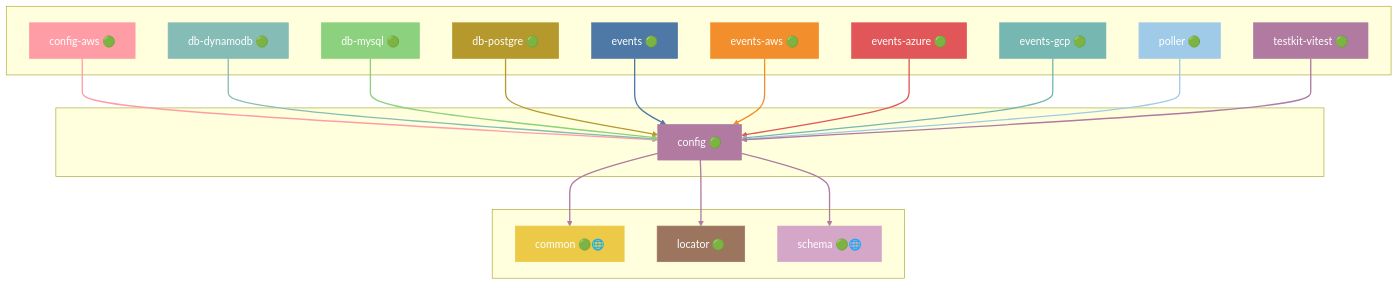
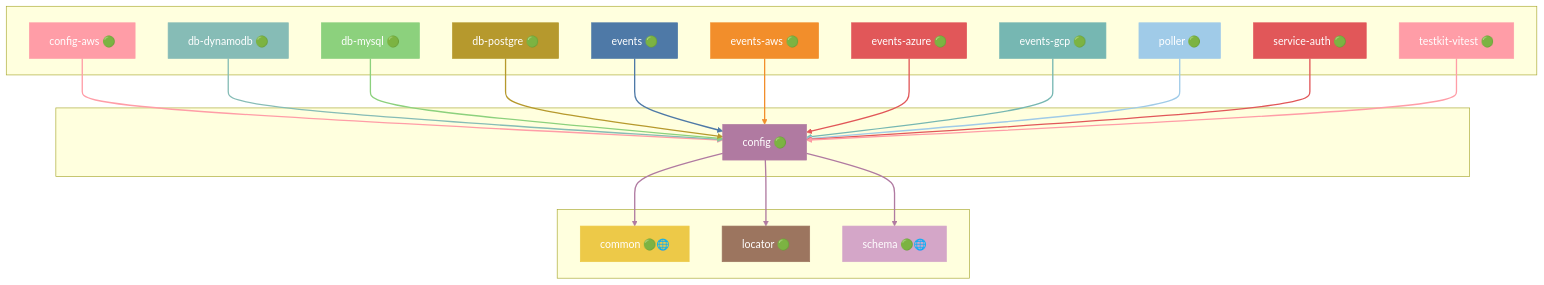
Before and after one commit to grest-ts/grest-ts: the eighth of 48 diagrams in docs/DEPENDENCIES.md, drawn with Mermaid. The commit also changed other lines of this file and 21 other files, not shown here.

First line of the commit message:
service-auth: new @grest-ts/service-auth with GGSharedSecret

````diff
--- a/docs/DEPENDENCIES.md
+++ b/docs/DEPENDENCIES.md
@@ -651,63 +661,67 @@
 ```mermaid
 flowchart TB
     subgraph Dependents[" "]
         config-aws["config-aws 🟢"]
         db-dynamodb["db-dynamodb 🟢"]
         db-mysql["db-mysql 🟢"]
         db-postgre["db-postgre 🟢"]
         events["events 🟢"]
         events-aws["events-aws 🟢"]
         events-azure["events-azure 🟢"]
         events-gcp["events-gcp 🟢"]
         poller["poller 🟢"]
+        service-auth["service-auth 🟢"]
         testkit-vitest["testkit-vitest 🟢"]
     end
     subgraph Package[" "]
         config["config 🟢"]
     end
     subgraph Dependencies[" "]
         common["common 🟢🌐"]
         locator["locator 🟢"]
         schema["schema 🟢🌐"]
     end
     config-aws --> config
     db-dynamodb --> config
     db-mysql --> config
     db-postgre --> config
     events --> config
     events-aws --> config
     events-azure --> config
     events-gcp --> config
     poller --> config
+    service-auth --> config
     testkit-vitest --> config
     config --> common
     config --> locator
     config --> schema
     style config fill:#B07AA1,stroke:#B07AA1,color:#fff
     style config-aws fill:#FF9DA7,stroke:#FF9DA7,color:#fff
     style db-dynamodb fill:#86BCB6,stroke:#86BCB6,color:#fff
     style db-mysql fill:#8CD17D,stroke:#8CD17D,color:#fff
     style db-postgre fill:#B6992D,stroke:#B6992D,color:#fff
     style events fill:#4E79A7,stroke:#4E79A7,color:#fff
     style events-aws fill:#F28E2B,stroke:#F28E2B,color:#fff
     style events-azure fill:#E15759,stroke:#E15759,color:#fff
     style events-gcp fill:#76B7B2,stroke:#76B7B2,color:#fff
     style poller fill:#A0CBE8,stroke:#A0CBE8,color:#fff
-    style testkit-vitest fill:#B07AA1,stroke:#B07AA1,color:#fff
+    style service-auth fill:#E15759,stroke:#E15759,color:#fff
+    style testkit-vitest fill:#FF9DA7,stroke:#FF9DA7,color:#fff
     style common fill:#EDC948,stroke:#EDC948,color:#fff
     style locator fill:#9C755F,stroke:#9C755F,color:#fff
     style schema fill:#D4A6C8,stroke:#D4A6C8,color:#fff
     linkStyle 0 stroke:#FF9DA7,stroke-width:2px
     linkStyle 1 stroke:#86BCB6,stroke-width:2px
     linkStyle 2 stroke:#8CD17D,stroke-width:2px
     linkStyle 3 stroke:#B6992D,stroke-width:2px
     linkStyle 4 stroke:#4E79A7,stroke-width:2px
     linkStyle 5 stroke:#F28E2B,stroke-width:2px
     linkStyle 6 stroke:#E15759,stroke-width:2px
     linkStyle 7 stroke:#76B7B2,stroke-width:2px
     linkStyle 8 stroke:#A0CBE8,stroke-width:2px
-    linkStyle 9 stroke:#B07AA1,stroke-width:2px
-    linkStyle 10 stroke:#B07AA1,stroke-width:2px
+    linkStyle 9 stroke:#E15759,stroke-width:2px
+    linkStyle 10 stroke:#FF9DA7,stroke-width:2px
     linkStyle 11 stroke:#B07AA1,stroke-width:2px
     linkStyle 12 stroke:#B07AA1,stroke-width:2px
+    linkStyle 13 stroke:#B07AA1,stroke-width:2px
 ```
````
